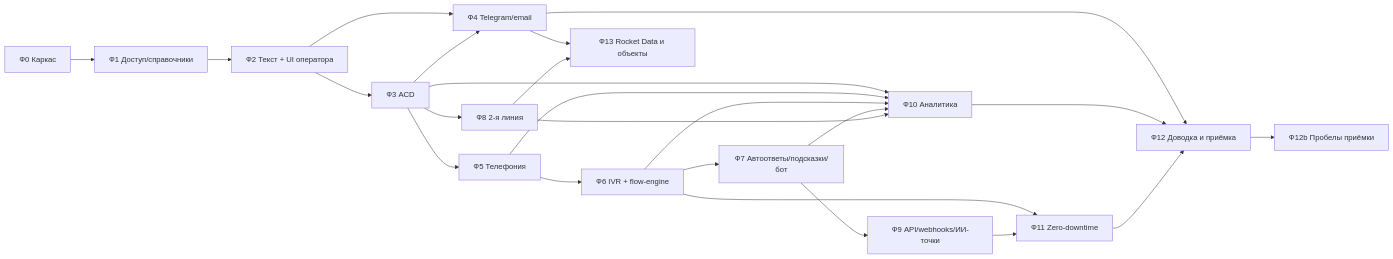
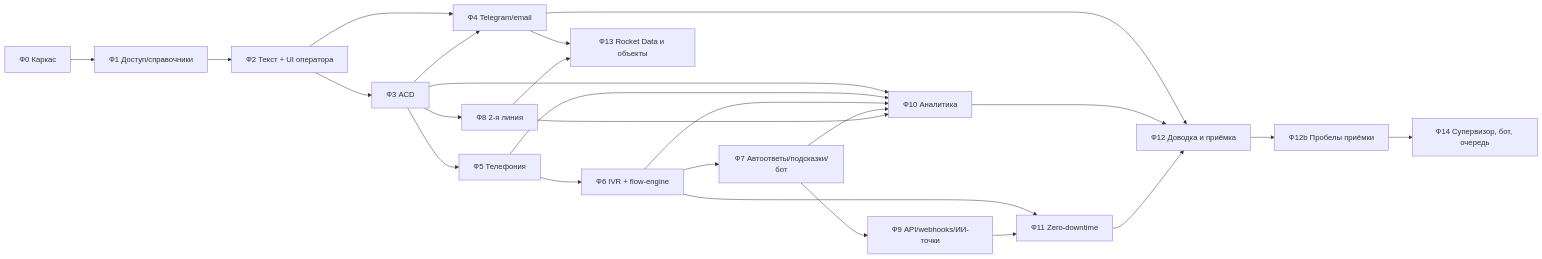
Before and after one commit to afedortsovbn-commits/CkaudeGitHub: the diagram in Контакт-центр/planning/03-план-разработки.md, drawn with Mermaid. The commit also changed other lines of this file and 2 other files, not shown here.

````diff
--- a/Контакт-центр/planning/03-план-разработки.md
+++ b/Контакт-центр/planning/03-план-разработки.md
@@ -42,15 +43,16 @@
 ```mermaid
 flowchart LR
   F0[Ф0 Каркас] --> F1[Ф1 Доступ/справочники] --> F2[Ф2 Текст + UI оператора] --> F3[Ф3 ACD]
   F2 --> F4[Ф4 Telegram/email]
   F3 --> F4
   F3 --> F5[Ф5 Телефония] --> F6[Ф6 IVR + flow-engine]
   F6 --> F7[Ф7 Автоответы/подсказки/бот] --> F9[Ф9 API/webhooks/ИИ-точки]
   F3 --> F8[Ф8 2-я линия]
   F3 & F5 & F6 & F7 & F8 --> F10[Ф10 Аналитика]
   F6 --> F11[Ф11 Zero-downtime]
   F9 --> F11
   F4 & F10 & F11 --> F12[Ф12 Доводка и приёмка]
   F4 & F8 --> F13[Ф13 Rocket Data и объекты]
   F12 --> F12b[Ф12b Пробелы приёмки]
+  F12b --> F14[Ф14 Супервизор, бот, очередь]
 ```
````
